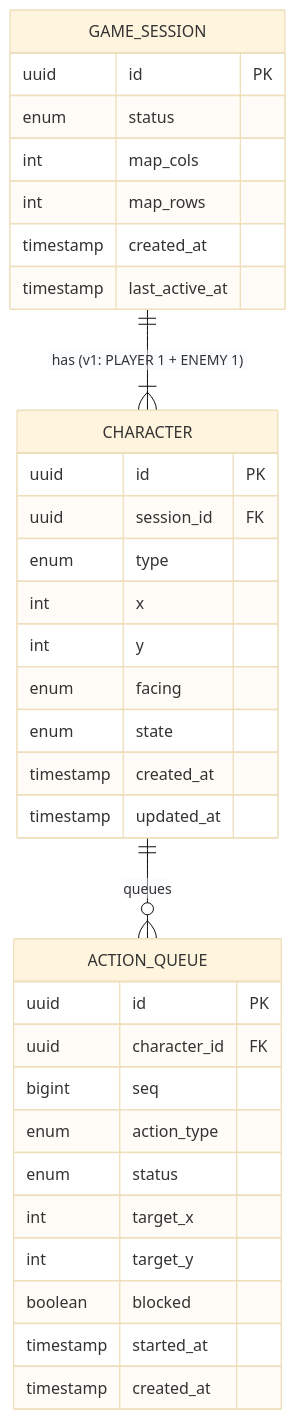
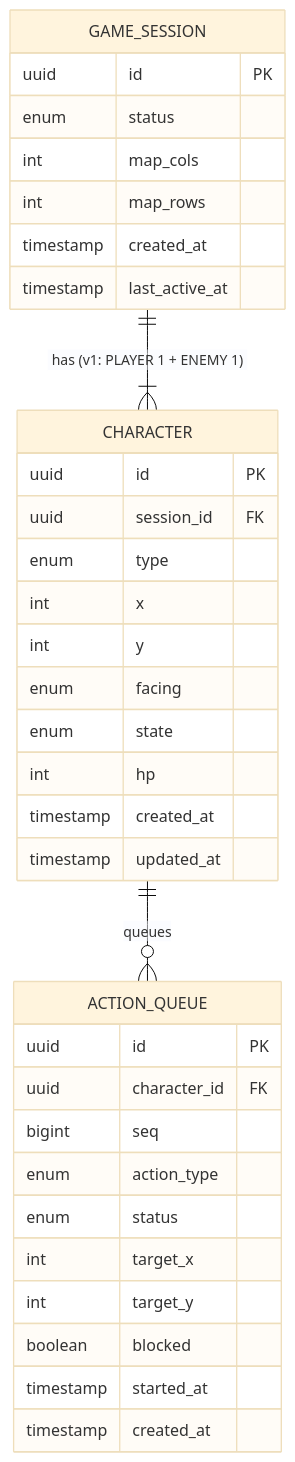
Before and after one commit to sidaesekki/Say2Play: the diagram in docs/erd.md, drawn with Mermaid (base theme). The commit also changed other lines of this file and 19 other files, not shown here.

````diff
--- a/docs/erd.md
+++ b/docs/erd.md
@@ -26,37 +26,38 @@
 ```mermaid
 erDiagram
     GAME_SESSION ||--|{ CHARACTER : "has (v1: PLAYER 1 + ENEMY 1)"
     CHARACTER ||--o{ ACTION_QUEUE : "queues"
 
     GAME_SESSION {
         uuid id PK
         enum status
         int map_cols
         int map_rows
         timestamp created_at
         timestamp last_active_at
     }
     CHARACTER {
         uuid id PK
         uuid session_id FK
         enum type
         int x
         int y
         enum facing
         enum state
+        int hp
         timestamp created_at
         timestamp updated_at
     }
     ACTION_QUEUE {
         uuid id PK
         uuid character_id FK
         bigint seq
         enum action_type
         enum status
         int target_x
         int target_y
         boolean blocked
         timestamp started_at
         timestamp created_at
     }
 ```
````
